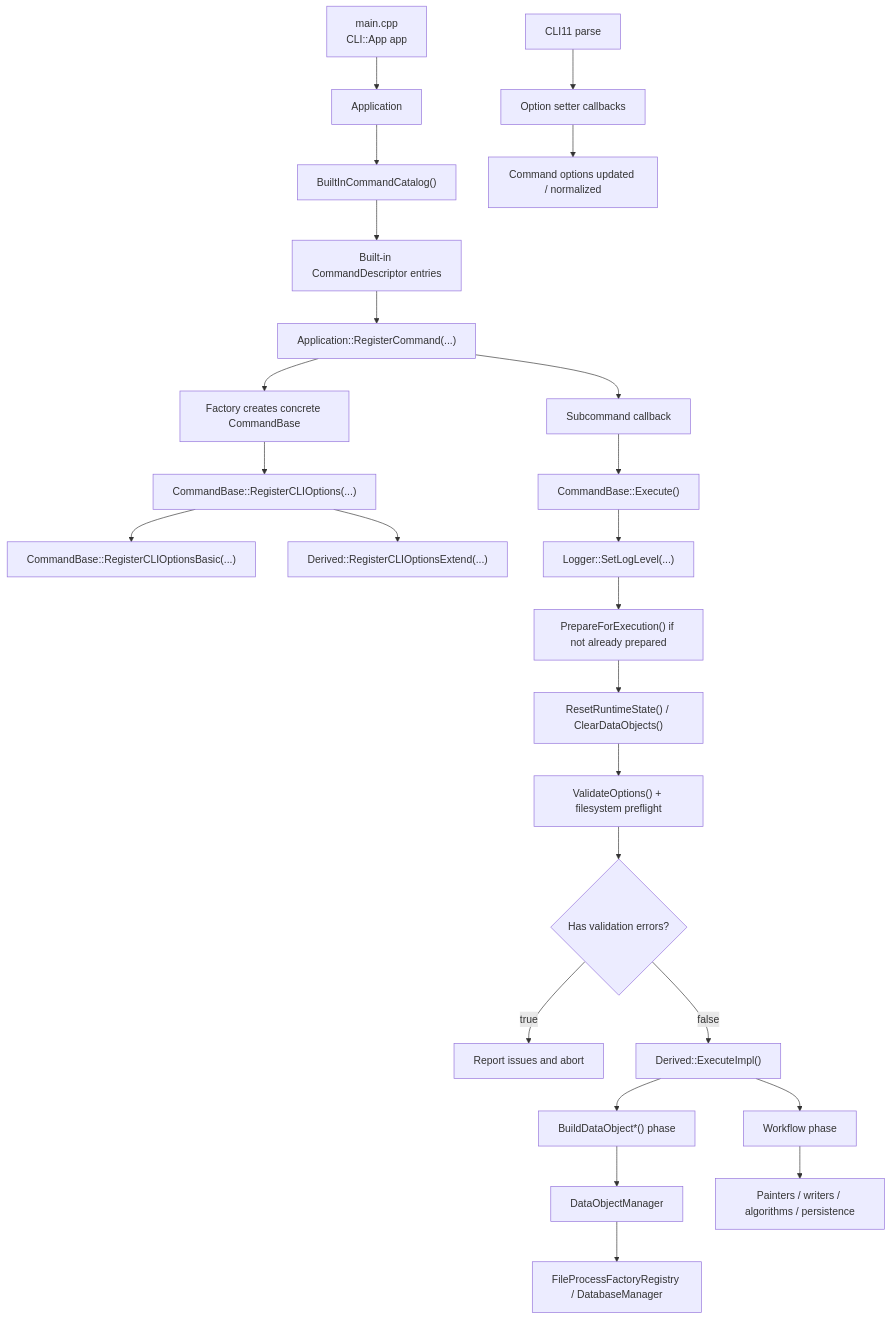
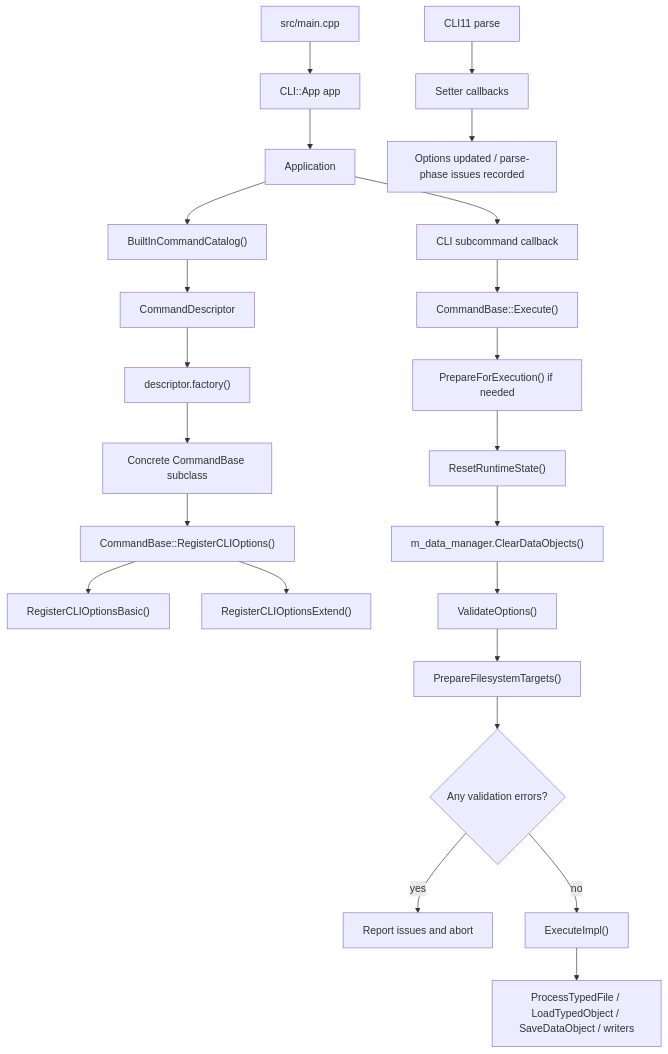
One commit to yslianTim/rhbm_gem changed the first of 2 diagrams in docs/developer/architecture/command-architecture.md. Above: the diagram before and after it, drawn with Mermaid. The commit also changed other lines of this file, not shown here.

````diff
--- a/docs/developer/architecture/command-architecture.md
+++ b/docs/developer/architecture/command-architecture.md
@@ -20,31 +31,27 @@
 ```mermaid
 flowchart TD
-    A["main.cpp<br/>CLI::App app"] --> B["Application"]
-    B --> C["BuiltInCommandCatalog()"]
-    C --> D["Built-in CommandDescriptor entries"]
+    A["src/main.cpp"] --> B["CLI::App app"]
+    B --> C["Application"]
+    C --> D["BuiltInCommandCatalog()"]
+    D --> E["CommandDescriptor"]
+    E --> F["descriptor.factory()"]
+    F --> G["Concrete CommandBase subclass"]
+    G --> H["CommandBase::RegisterCLIOptions()"]
+    H --> I["RegisterCLIOptionsBasic()"]
+    H --> J["RegisterCLIOptionsExtend()"]
 
-    D --> E["Application::RegisterCommand(...)"]
-    E --> F["Factory creates concrete CommandBase"]
-    F --> G["CommandBase::RegisterCLIOptions(...)"]
-    G --> H["CommandBase::RegisterCLIOptionsBasic(...)"]
-    G --> I["Derived::RegisterCLIOptionsExtend(...)"]
+    K["CLI11 parse"] --> L["Setter callbacks"]
+    L --> M["Options updated / parse-phase issues recorded"]
 
-    J["CLI11 parse"] --> K["Option setter callbacks"]
-    K --> L["Command options updated / normalized"]
-
-    E --> M["Subcommand callback"]
-    M --> N["CommandBase::Execute()"]
-    N --> O["Logger::SetLogLevel(...)"]
-    O --> P["PrepareForExecution() if not already prepared"]
-    P --> Q["ResetRuntimeState() / ClearDataObjects()"]
-    Q --> R["ValidateOptions() + filesystem preflight"]
-    R --> S{"Has validation errors?"}
-    S -- true --> T["Report issues and abort"]
-    S -- false --> U["Derived::ExecuteImpl()"]
-
-    U --> V["BuildDataObject*() phase"]
-    V --> W["DataObjectManager"]
-    W --> X["FileProcessFactoryRegistry / DatabaseManager"]
-    U --> Y["Workflow phase"]
-    Y --> Z["Painters / writers / algorithms / persistence"]
+    C --> N["CLI subcommand callback"]
+    N --> O["CommandBase::Execute()"]
+    O --> P["PrepareForExecution() if needed"]
+    P --> Q["ResetRuntimeState()"]
+    Q --> R["m_data_manager.ClearDataObjects()"]
+    R --> S["ValidateOptions()"]
+    S --> T["PrepareFilesystemTargets()"]
+    T --> U{"Any validation errors?"}
+    U -- yes --> V["Report issues and abort"]
+    U -- no --> W["ExecuteImpl()"]
+    W --> X["ProcessTypedFile / LoadTypedObject / SaveDataObject / writers"]
 ```
````
